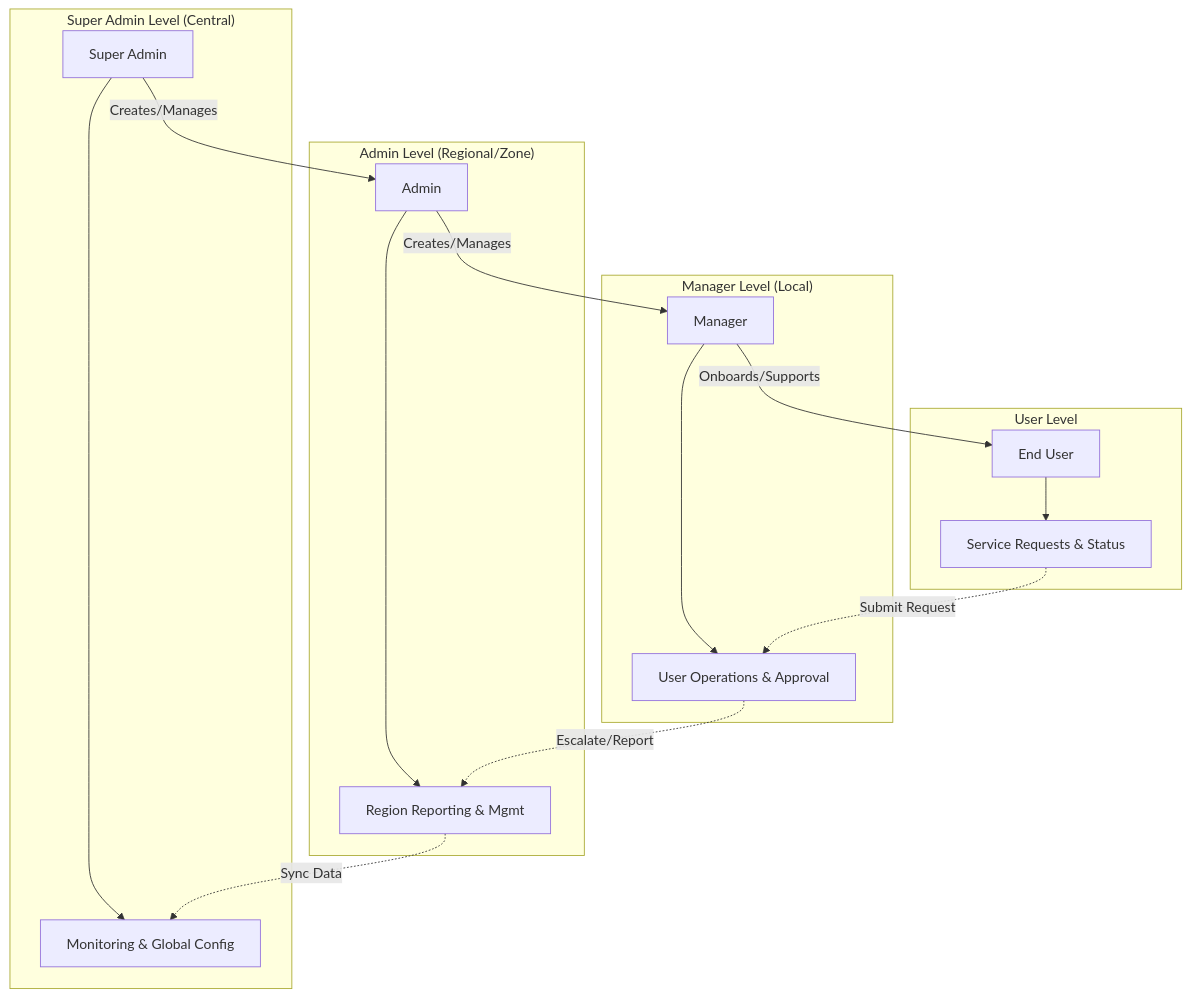
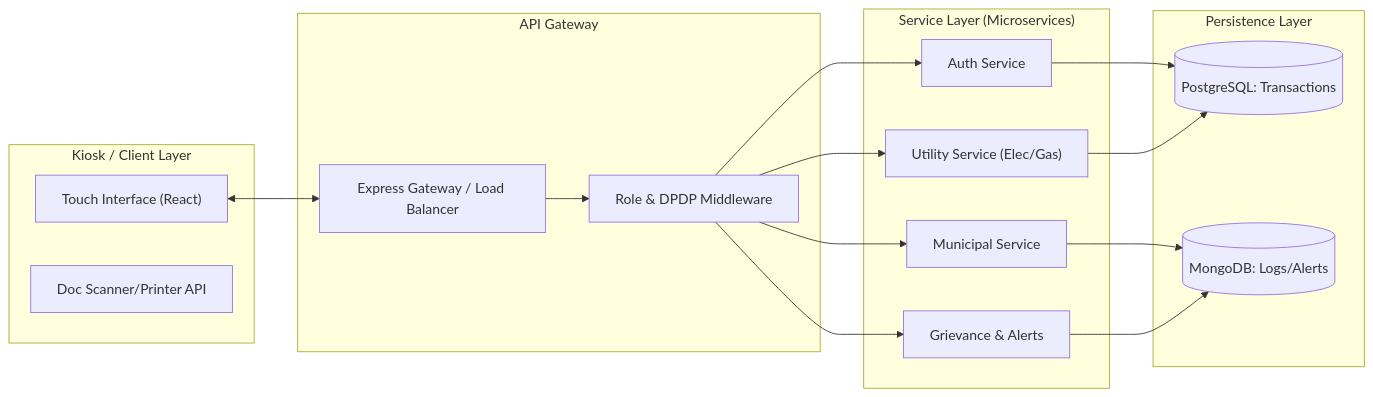
One commit to alokprasad573/backend_architecture changed the second of 5 diagrams in FLOWCHART.md. Above: the diagram before and after it, drawn with Mermaid. The commit also changed other lines of this file and 2 other files, not shown here.

````diff
--- a/FLOWCHART.md
+++ b/FLOWCHART.md
@@ -6,39 +36,34 @@
 ```mermaid
-graph TD
-    %% Nodes
-    SA["Super Admin"]
-    A["Admin"]
-    M["Manager"]
-    U["End User"]
-
-    %% Relationships
-    SA -->|Creates/Manages| A
-    A -->|Creates/Manages| M
-    M -->|Onboards/Supports| U
-
-    %% Responsibilities
-    subgraph "Super Admin Level (Central)"
-        SA_Dashboard["Monitoring & Global Config"]
-        SA --> SA_Dashboard
+graph LR
+    subgraph "Kiosk / Client Layer"
+        TouchUI["Touch Interface (React)"]
+        Scanner["Doc Scanner/Printer API"]
     end
 
-    subgraph "Admin Level (Regional/Zone)"
-        A_Dashboard["Region Reporting & Mgmt"]
-        A --> A_Dashboard
+    subgraph "API Gateway"
+        Gateway["Express Gateway / Load Balancer"]
+        RBAC["Role & DPDP Middleware"]
     end
 
-    subgraph "Manager Level (Local)"
-        M_Dashboard["User Operations & Approval"]
-        M --> M_Dashboard
+    subgraph "Service Layer (Microservices)"
+        AuthSvc["Auth Service"]
+        UtilSvc["Utility Service (Elec/Gas)"]
+        MunSvc["Municipal Service"]
+        NotifSvc["Grievance & Alerts"]
     end
 
-    subgraph "User Level"
-        U_Dashboard["Service Requests & Status"]
-        U --> U_Dashboard
+    subgraph "Persistence Layer"
+        DB_SQL[("PostgreSQL: Transactions")]
+        DB_NoSQL[("MongoDB: Logs/Alerts")]
     end
 
-    %% Data Flow
-    U_Dashboard -.->|Submit Request| M_Dashboard
-    M_Dashboard -.->|Escalate/Report| A_Dashboard
-    A_Dashboard -.->|Sync Data| SA_Dashboard
+    TouchUI <--> Gateway
+    Gateway --> RBAC
+    RBAC --> AuthSvc
+    RBAC --> UtilSvc
+    RBAC --> MunSvc
+    RBAC --> NotifSvc
+
+    AuthSvc & UtilSvc --> DB_SQL
+    MunSvc & NotifSvc --> DB_NoSQL
 ```
````
